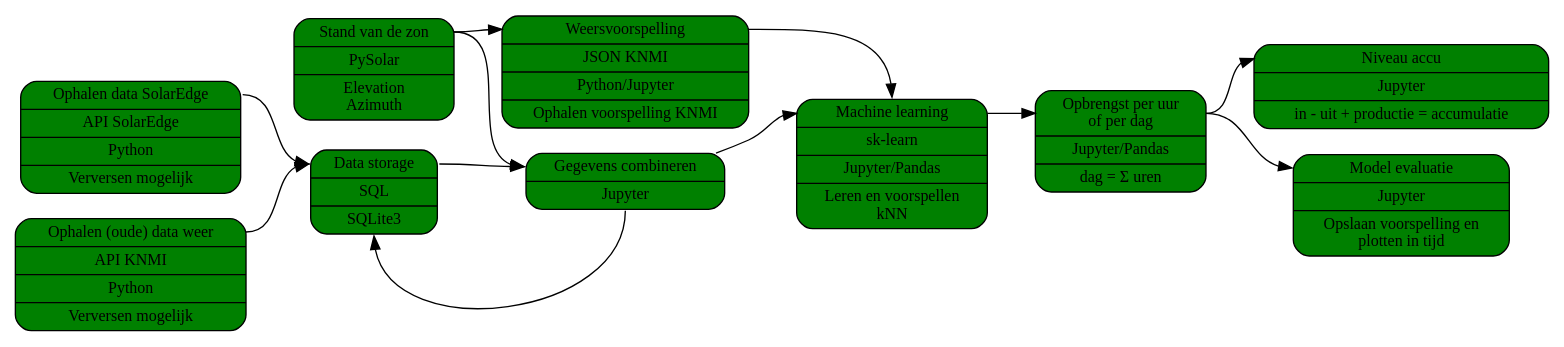
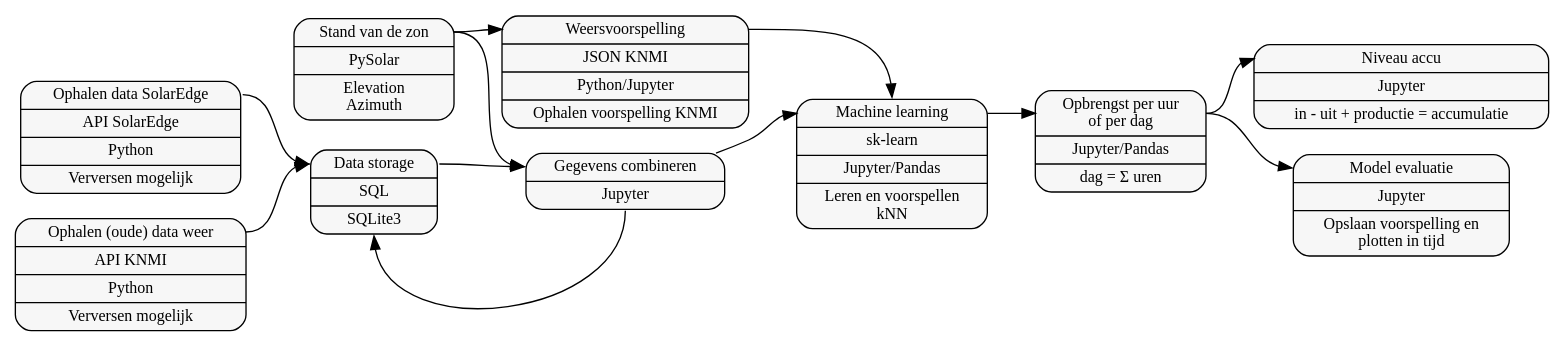
Before and after one commit to bosgnoom/data-engineer-eindopdracht: the diagram in diagram.dot, drawn with Graphviz. The commit also changed 9 other files, not shown here.

```diff
--- a/diagram.dot
+++ b/diagram.dot
@@ -1,87 +1,77 @@
 digraph g {
     graph [
         rankdir = "LR"
     ];
     
     node [
         fontsize = "12"
         style="rounded,filled"
         fillcolor="#F7F7F7"
     ];
     
     edge [
     ];
     
     "node0" [
         label = "<f0> Ophalen data SolarEdge | API SolarEdge | Python | Verversen mogelijk "
         shape = "record"
-        fillcolor = "green"
     ];
     
     "node1" [
         label = "<f0> Ophalen (oude) data weer | API KNMI | Python | Verversen mogelijk"
         shape = "record"
-        fillcolor = "green"
     ];
     
     "node2" [
         label = "<f0> Data storage | SQL | SQLite3 "
         shape = "record"
-        fillcolor = "green"
     ];
     
     "node_weer" [
         label = "<f0> Weersvoorspelling | JSON KNMI | Python/Jupyter | Ophalen voorspelling KNMI"
         shape = "record"
-        fillcolor = "green"
     ];
     
     "node_ML" [
         label = "<f0> Machine learning | sk-learn | Jupyter/Pandas | Leren en voorspellen\nkNN"
         shape = "record"
-        fillcolor = "green"
     ];
     
     "node_opbrengst" [
         label = "<f0> Opbrengst per uur\nof per dag | Jupyter/Pandas | dag = &Sigma; uren "
         shape = "record"
-        fillcolor = "green"
     ];
     
     "node_accu" [
         label = "<f0> Niveau accu | Jupyter | in - uit + productie = accumulatie "
         shape = "record"
-        fillcolor = "green"
     ];
 
     "node_zon" [
         label = "<f0> Stand van de zon | PySolar | Elevation\nAzimuth  "
         shape = "record"
-        fillcolor = "green"
     ]
 
     "node_combineren" [
         label = "<f0> Gegevens combineren | Jupyter "
         shape = "record"
-        fillcolor = "green"
     ]
 
     "node_evaluatie" [
         label = "<f0> Model evaluatie | Jupyter | Opslaan voorspelling en\nplotten in tijd"
         shape = "record"
-        fillcolor = "green"
     ]
     
     "node_weer":f0 -> "node_ML":n
     "node0":f0 -> "node2":f0
     "node1":f0 -> "node2":f0
     "node2":f0 -> "node_combineren":f0
     "node_combineren":s -> "node2":s
     "node_combineren" -> "node_ML":f0
     "node_ML":f0 -> "node_opbrengst":f0
     "node_opbrengst":f0 -> "node_accu":f0
     "node_zon":f0 -> "node_combineren":f0
     "node_opbrengst":f0 -> "node_evaluatie":f0
     "node_zon":f0 -> "node_weer":f0
     
 }
```
